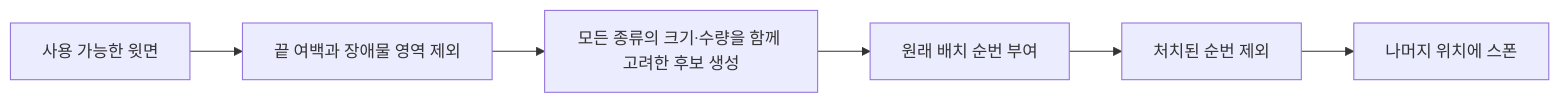
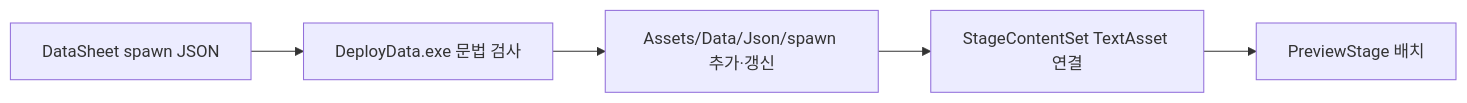
One commit to hyunho9228-web/DataSheet changed the second of 2 diagrams in Docs/맵 구성과 몬스터 배치 데이터 제안서.md. Above: the diagram before and after it, drawn with Mermaid. The commit also changed other lines of this file and 6 other files, not shown here.

````diff
--- a/Docs/맵 구성과 몬스터 배치 데이터 제안서.md
+++ b/Docs/맵 구성과 몬스터 배치 데이터 제안서.md
@@ -139,8 +66,7 @@
 ```mermaid
 flowchart LR
-    A[사용 가능한 윗면] --> B[끝 여백과 장애물 영역 제외]
-    B --> C[모든 종류의 크기·수량을 함께 고려한 후보 생성]
-    C --> D[원래 배치 순번 부여]
-    D --> E[처치된 순번 제외]
-    E --> F[나머지 위치에 스폰]
+    A[DataSheet spawn JSON] --> B[DeployData.exe 문법 검사]
+    B --> C[Assets/Data/Json/spawn 추가·갱신]
+    C --> D[StageContentSet TextAsset 연결]
+    D --> E[PreviewStage 배치]
 ```
````
